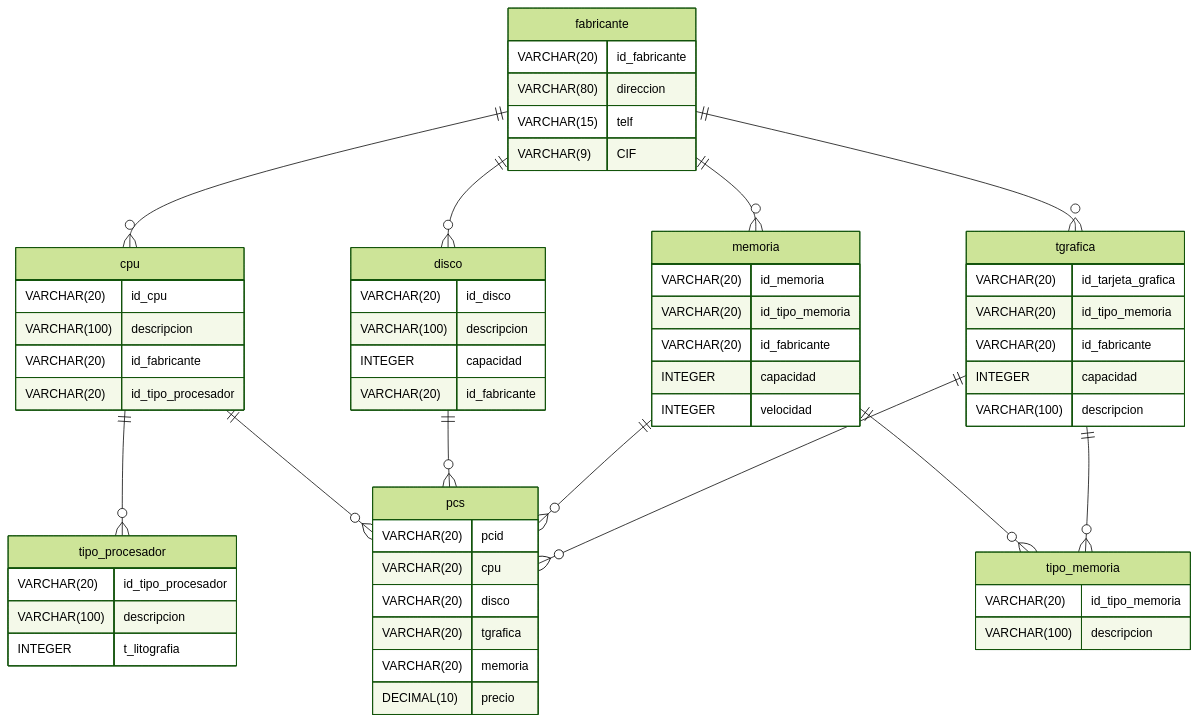
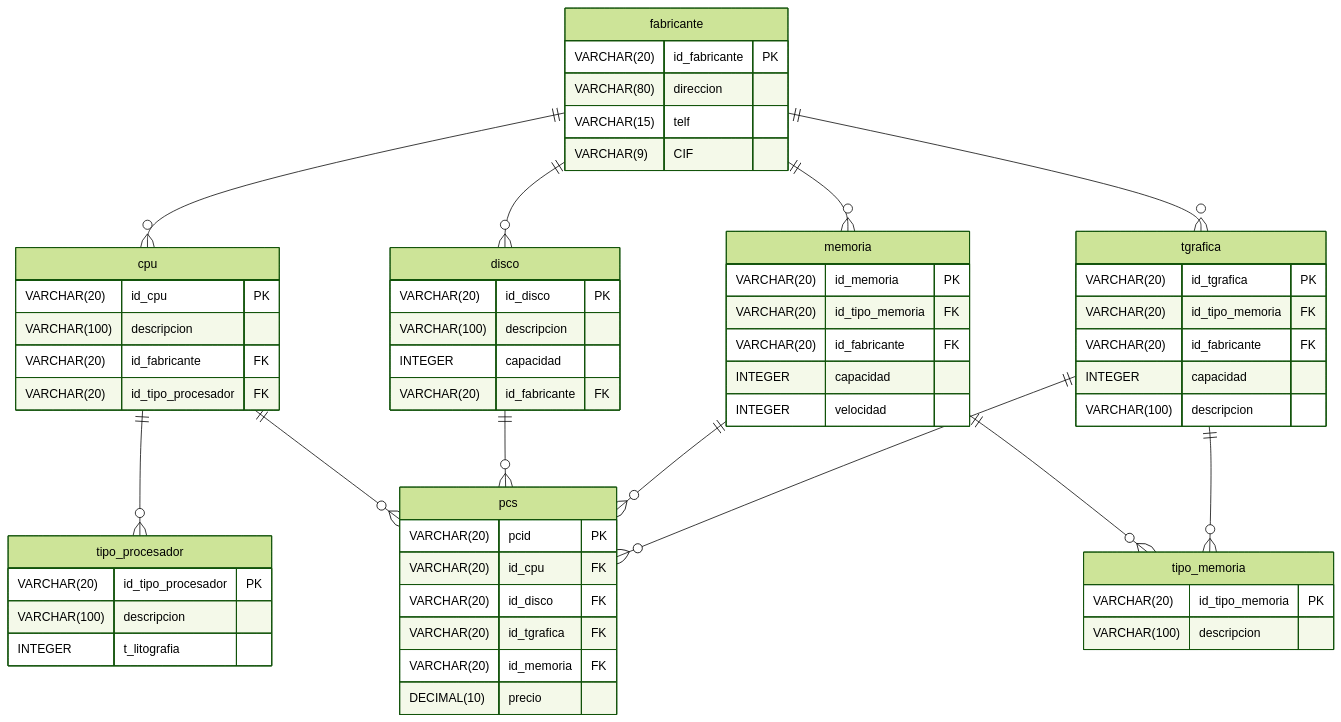
One commit to augustocristian/teaching-resources changed the first of 4 diagrams in EPIG-IND-ComputerScienceFundamentals/exercises/2_exercises_BBDD.md. Above: the diagram before and after it, drawn with Mermaid (forest theme). The commit also changed other lines of this file and 6 other files, not shown here.

````diff
--- a/EPIG-IND-ComputerScienceFundamentals/exercises/2_exercises_BBDD.md
+++ b/EPIG-IND-ComputerScienceFundamentals/exercises/2_exercises_BBDD.md
@@ -29,76 +29,76 @@
 ```mermaid
 erDiagram
     pcs {
-        VARCHAR(20) pcid
-        VARCHAR(20) cpu
-        VARCHAR(20) disco
-        VARCHAR(20) tgrafica
-        VARCHAR(20) memoria
+        VARCHAR(20) pcid PK
+        VARCHAR(20) id_cpu FK
+        VARCHAR(20) id_disco FK
+        VARCHAR(20) id_tgrafica FK
+        VARCHAR(20) id_memoria FK
         DECIMAL(10) precio
     }
 
     cpu {
-        VARCHAR(20) id_cpu
+        VARCHAR(20) id_cpu PK
         VARCHAR(100) descripcion
-        VARCHAR(20) id_fabricante
-        VARCHAR(20) id_tipo_procesador
+        VARCHAR(20) id_fabricante FK
+        VARCHAR(20) id_tipo_procesador FK
     }
 
     tipo_procesador {
-        VARCHAR(20) id_tipo_procesador
+        VARCHAR(20) id_tipo_procesador PK
         VARCHAR(100) descripcion
         INTEGER t_litografia
     }
 
     disco {
-        VARCHAR(20) id_disco
+        VARCHAR(20) id_disco PK
         VARCHAR(100) descripcion
         INTEGER capacidad
-        VARCHAR(20) id_fabricante
+        VARCHAR(20) id_fabricante FK
     }
 
     memoria {
-        VARCHAR(20) id_memoria
-        VARCHAR(20) id_tipo_memoria
-        VARCHAR(20) id_fabricante
+        VARCHAR(20) id_memoria PK
+        VARCHAR(20) id_tipo_memoria FK
+        VARCHAR(20) id_fabricante FK
         INTEGER capacidad
         INTEGER velocidad
     }
 
     fabricante {
-        VARCHAR(20) id_fabricante
+        VARCHAR(20) id_fabricante PK
         VARCHAR(80) direccion
         VARCHAR(15) telf
         VARCHAR(9) CIF
     }
 
     tgrafica {
-        VARCHAR(20) id_tarjeta_grafica
-        VARCHAR(20) id_tipo_memoria
-        VARCHAR(20) id_fabricante
+        VARCHAR(20) id_tgrafica PK
+        VARCHAR(20) id_tipo_memoria FK
+        VARCHAR(20) id_fabricante FK
         INTEGER capacidad
         VARCHAR(100) descripcion
     }
 
     tipo_memoria {
-        VARCHAR(20) id_tipo_memoria
+        VARCHAR(20) id_tipo_memoria PK
         VARCHAR(100) descripcion
     }
 
 %% Relación entre cpu y su fabricante y tipo de procesador
     cpu ||--o{ tipo_procesador: ""
     cpu ||--o{ pcs: ""
 %% Relaciones de fabricante
     fabricante ||--o{ cpu: ""
     fabricante ||--o{ disco: ""
     fabricante ||--o{ memoria: ""
     fabricante ||--o{ tgrafica: ""
 %% Relación entre disco y su fabricante
     disco ||--o{ pcs: ""
 %% Relación entre memoria y sus componentes
     memoria ||--o{ tipo_memoria: ""
     memoria ||--o{ pcs: ""
 %% Relación entre tgrafica y sus componentes
     tgrafica ||--o{ tipo_memoria: ""
     tgrafica ||--o{ pcs: ""
 ```
````
